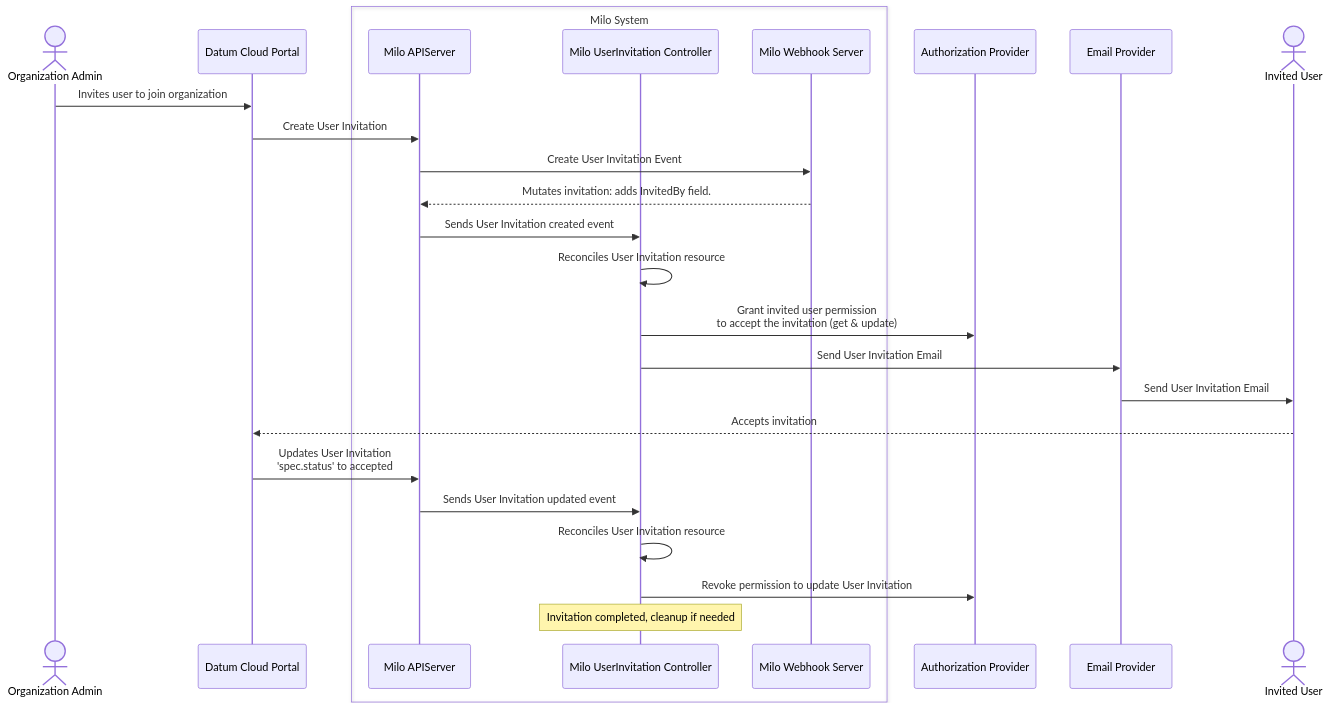
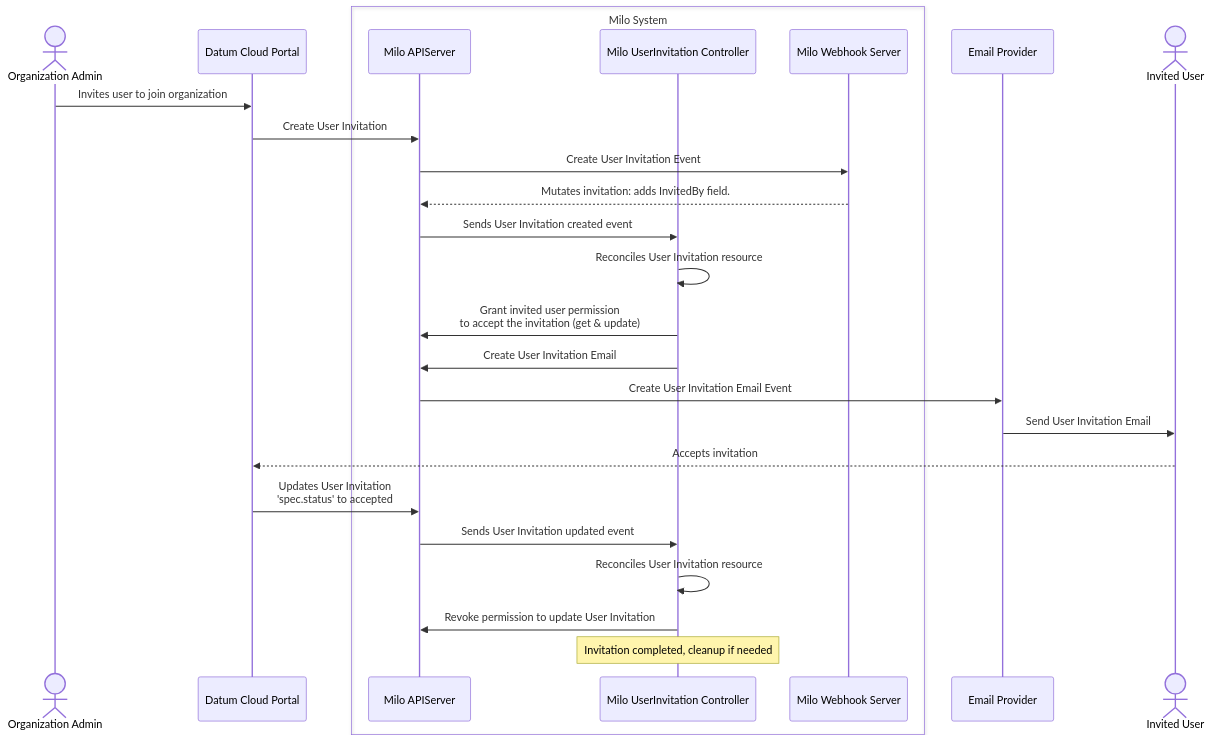
The first of 2 diagrams in enhancements/platform/identity-and-access-management/user-invitation/README.md (datum-cloud/enhancements), drawn with Mermaid before and after one commit. The commit also changed other lines of this file, not shown here.

Commit message:
Refactor User Invitation documentation to replace references to the authorization provider with the Milo service, clarifying the flow of permission management and email creation processes.

````diff
--- a/enhancements/platform/identity-and-access-management/user-invitation/README.md
+++ b/enhancements/platform/identity-and-access-management/user-invitation/README.md
@@ -190,30 +190,30 @@
 ```mermaid
 sequenceDiagram
     actor adminuser as Organization Admin
     participant portal as Datum Cloud Portal
     box Milo System
     participant milo as Milo APIServer
     participant controller as Milo UserInvitation Controller
     participant milowebhook as Milo Webhook Server
     end
-    participant authprovider as Authorization Provider
     participant emailprovider as Email Provider
     actor inviteduser as Invited User
 
     adminuser ->> portal: Invites user to join organization
     portal ->> milo: Create User Invitation
     milo ->> milowebhook: Create User Invitation Event
     milowebhook -->> milo: Mutates invitation: adds InvitedBy field.
     milo ->> controller: Sends User Invitation created event
     controller ->> controller: Reconciles User Invitation resource
-    controller ->> authprovider: Grant invited user permission <br/> to accept the invitation (get & update)
-    controller ->> emailprovider: Send User Invitation Email
+    controller ->> milo: Grant invited user permission <br/> to accept the invitation (get & update)
+    controller ->> milo: Create User Invitation Email
+    milo ->> emailprovider: Create User Invitation Email Event
     emailprovider ->> inviteduser: Send User Invitation Email
 
     inviteduser -->> portal: Accepts invitation
     portal ->> milo: Updates User Invitation <br/> 'spec.status' to accepted
     milo ->> controller: Sends User Invitation updated event
     controller ->> controller: Reconciles User Invitation resource
-    controller ->> authprovider: Revoke permission to update User Invitation
+    controller ->> milo: Revoke permission to update User Invitation
     Note over controller: Invitation completed, cleanup if needed
 ```
````
